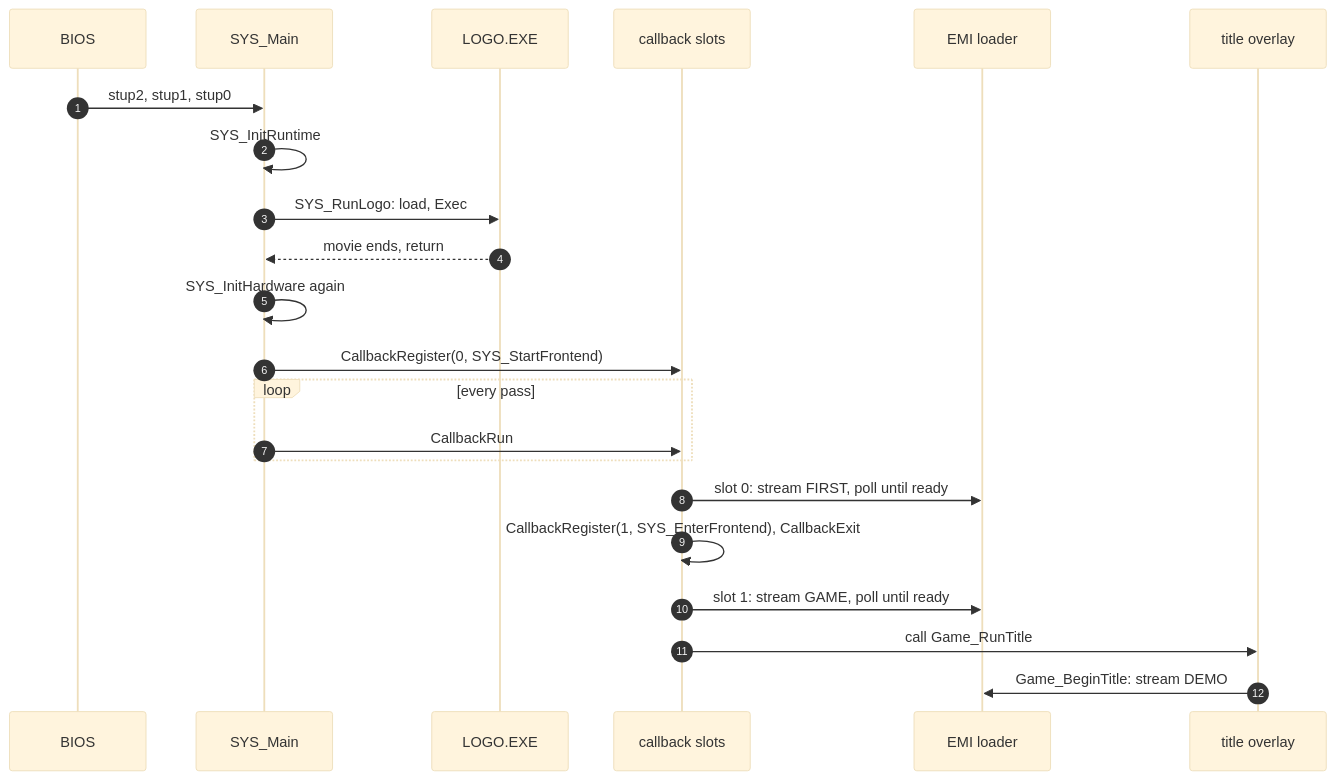
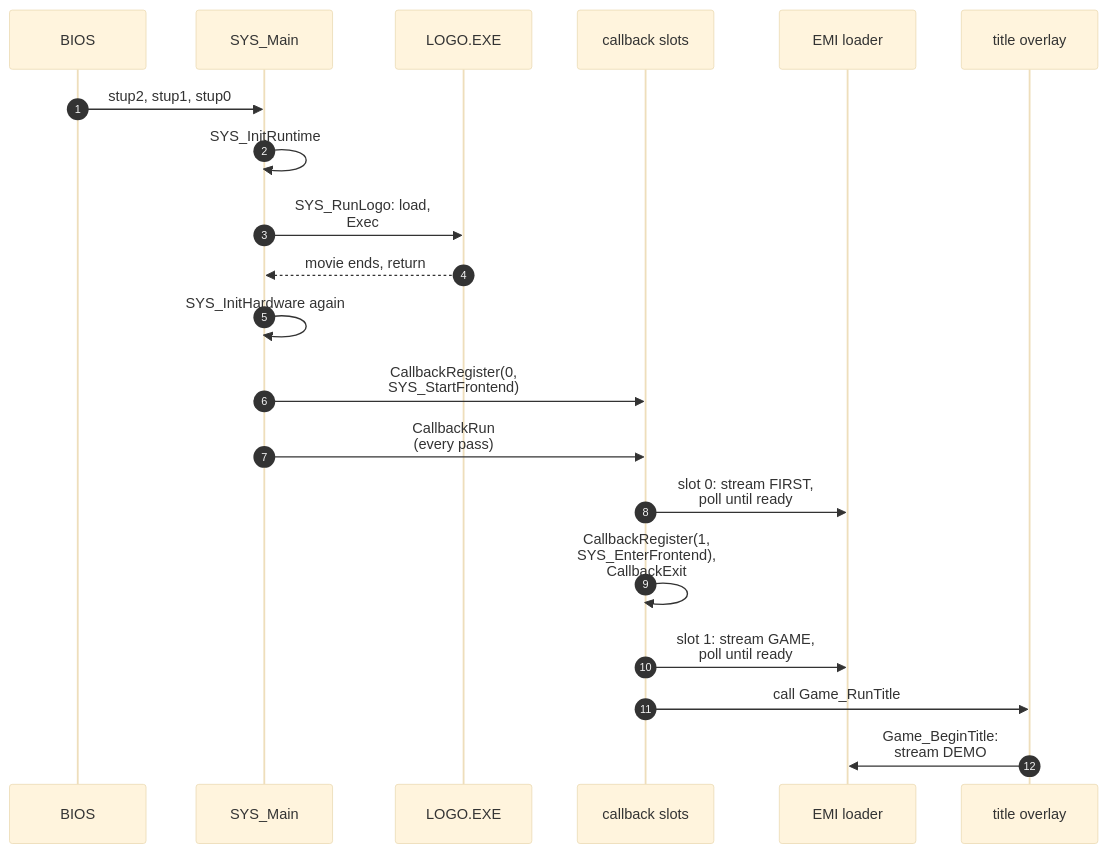
One commit to raulcorreia7/bof3-wiki changed the diagram in src/content/docs/systems/boot.md. Above: the diagram before and after it, drawn with Mermaid (base theme). The commit also changed 7 other files, not shown here.

Commit message:
fix(diagrams): break long sequence labels by hand, stop line-over-label and overlap

````diff
--- a/src/content/docs/systems/boot.md
+++ b/src/content/docs/systems/boot.md
@@ -79,25 +79,23 @@
 ```mermaid
 sequenceDiagram
     autonumber
     participant B as BIOS
     participant M as SYS_Main
     participant L as LOGO.EXE
     participant S as callback slots
     participant E as EMI loader
     participant T as title overlay
 
     B->>M: stup2, stup1, stup0
     M->>M: SYS_InitRuntime
-    M->>L: SYS_RunLogo: load, Exec
+    M->>L: SYS_RunLogo: load,<br/>Exec
     L-->>M: movie ends, return
     M->>M: SYS_InitHardware again
-    M->>S: CallbackRegister(0, SYS_StartFrontend)
-    loop every pass
-        M->>S: CallbackRun
-    end
-    S->>E: slot 0: stream FIRST, poll until ready
-    S->>S: CallbackRegister(1, SYS_EnterFrontend), CallbackExit
-    S->>E: slot 1: stream GAME, poll until ready
+    M->>S: CallbackRegister(0,<br/>SYS_StartFrontend)
+    M->>S: CallbackRun<br/>(every pass)
+    S->>E: slot 0: stream FIRST,<br/>poll until ready
+    S->>S: CallbackRegister(1,<br/>SYS_EnterFrontend),<br/>CallbackExit
+    S->>E: slot 1: stream GAME,<br/>poll until ready
     S->>T: call Game_RunTitle
-    T->>E: Game_BeginTitle: stream DEMO
+    T->>E: Game_BeginTitle:<br/>stream DEMO
 ```
````
